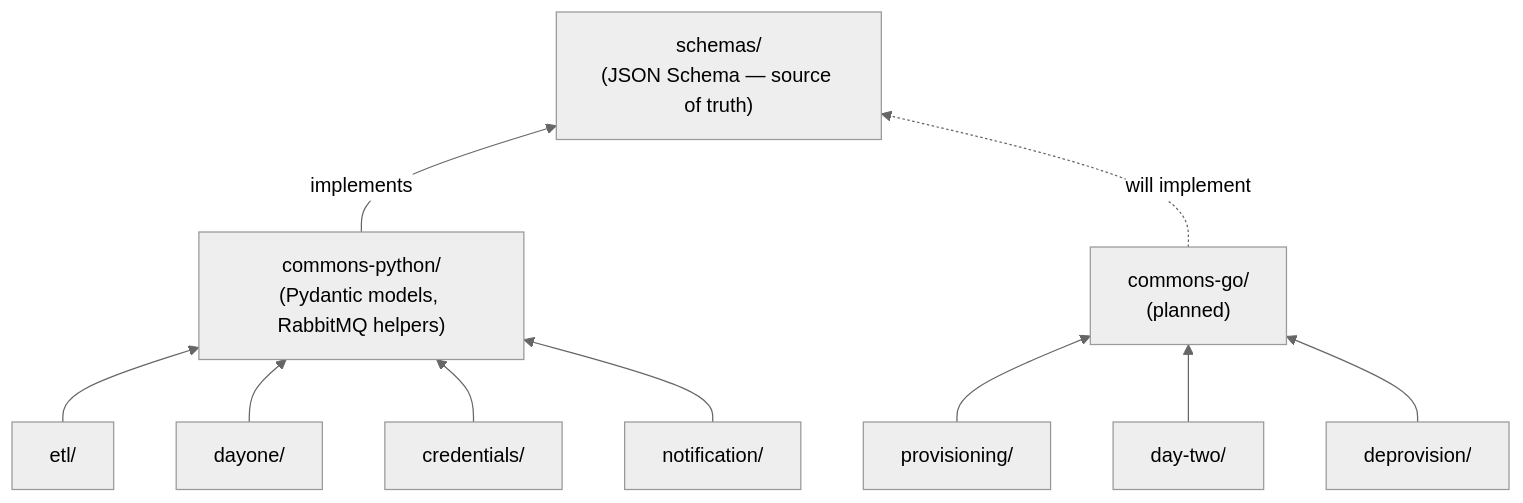
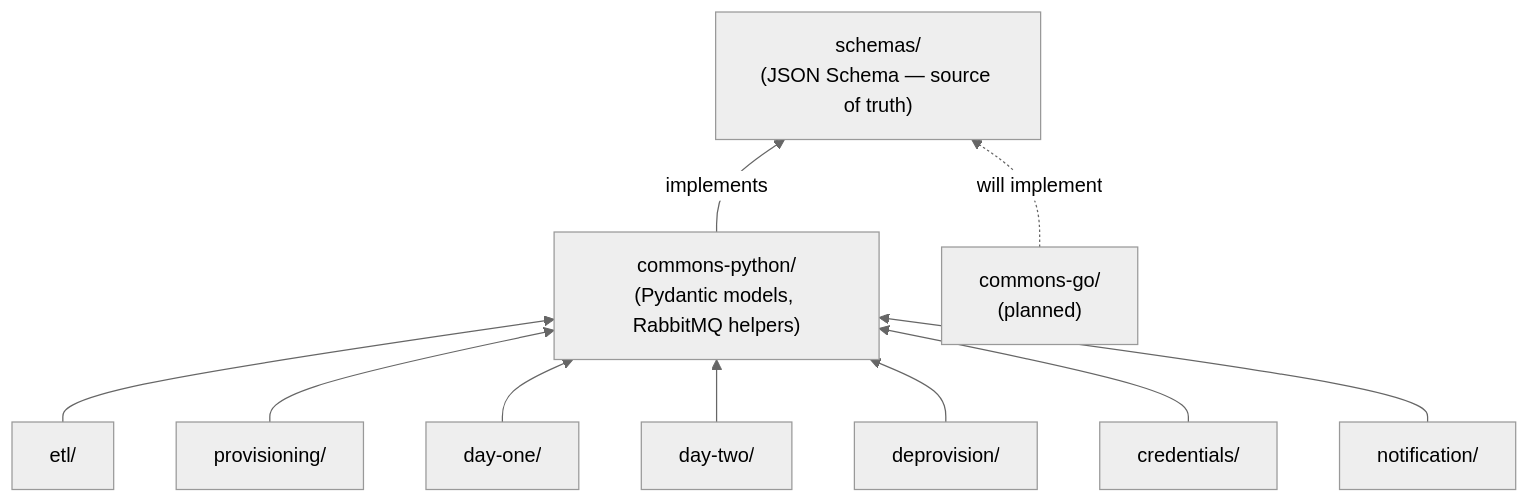
The third of 3 diagrams in README.md (redhat-openshift-partner-labs/workers), drawn with Mermaid (neutral theme) before and after one commit. The commit also changed other lines of this file, not shown here.

First line of the commit message:
docs: update README with scribe-centric message flow

````diff
--- a/README.md
+++ b/README.md
@@ -332,26 +335,26 @@
 ```mermaid
 flowchart BT
     SCHEMAS["schemas/\n(JSON Schema — source of truth)"]
 
     CP["commons-python/\n(Pydantic models, RabbitMQ helpers)"]
     CG["commons-go/\n(planned)"]
 
     ETL[etl/]
     PROV[provisioning/]
-    D1[dayone/]
+    D1[day-one/]
     D2[day-two/]
     DEPROV[deprovision/]
     CRED[credentials/]
     NOTIF[notification/]
 
     CP -->|implements| SCHEMAS
     CG -.->|will implement| SCHEMAS
 
     ETL --> CP
-    PROV --> CG
+    PROV --> CP
     D1 --> CP
-    D2 --> CG
-    DEPROV --> CG
+    D2 --> CP
+    DEPROV --> CP
     CRED --> CP
     NOTIF --> CP
 ```
````
